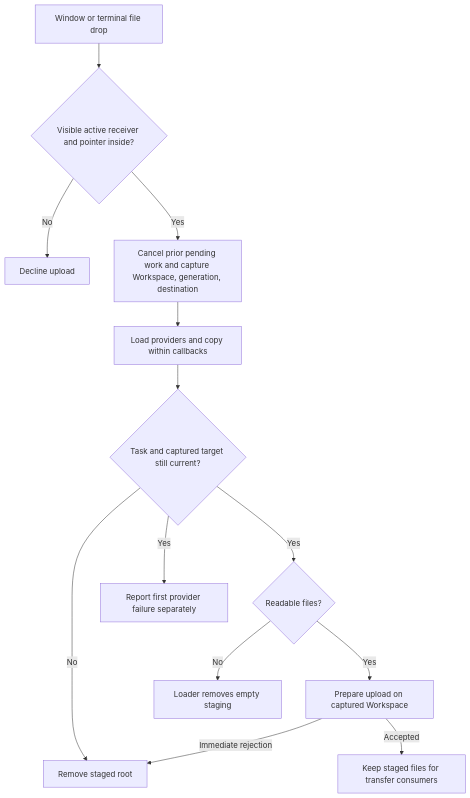
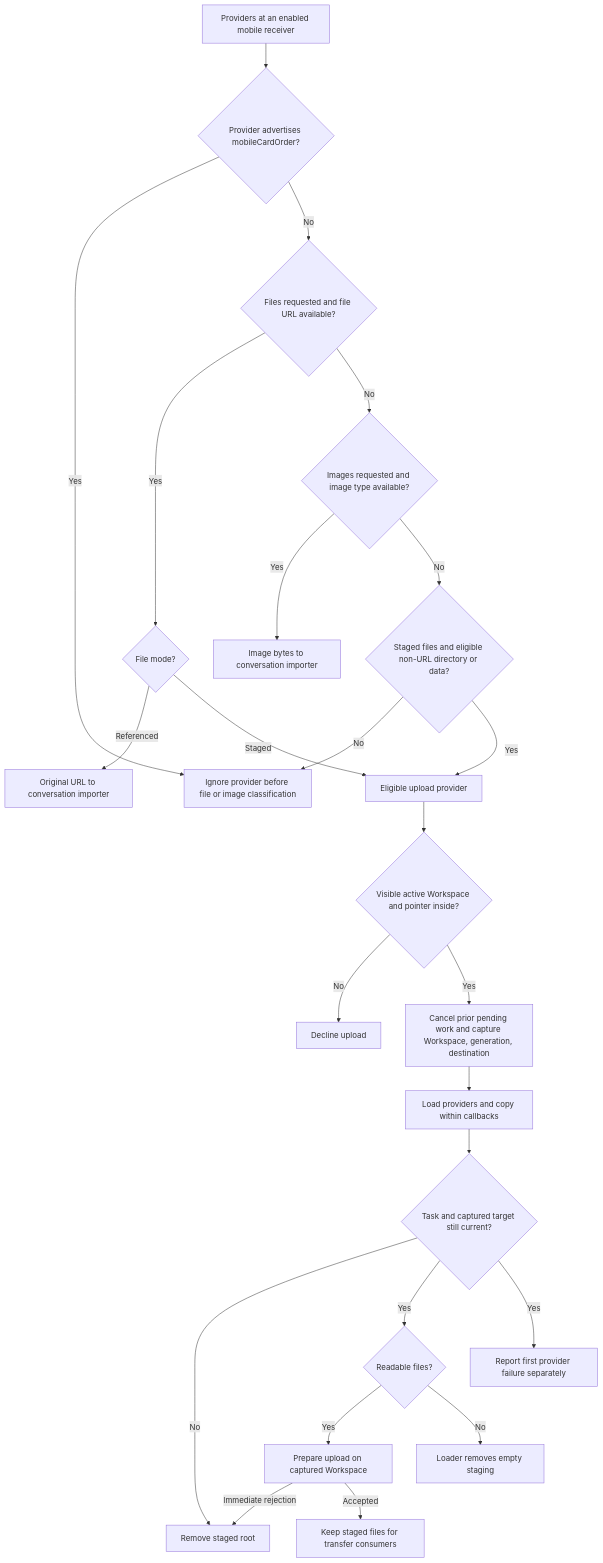
The second of 5 diagrams in openwiki/workflows/file-drag-and-drop.md (AkinoKaede/Termind), drawn with Mermaid before and after one commit. The commit also changed other lines of this file and 49 other files, not shown here.

````diff
--- a/openwiki/workflows/file-drag-and-drop.md
+++ b/openwiki/workflows/file-drag-and-drop.md
@@ -183,15 +192,26 @@
 ```mermaid
 flowchart TD
-    Native["Window or terminal file drop"] --> Visible{"Visible active receiver and pointer inside?"}
+    Providers["Providers at an enabled mobile receiver"] --> Classify{"Provider advertises mobileCardOrder?"}
+    Classify -->|Yes| Ignore["Ignore provider before file or image classification"]
+    Classify -->|No| URL{"Files requested and file URL available?"}
+    URL -->|Yes| Mode{"File mode?"}
+    Mode -->|Referenced| Attach["Original URL to conversation importer"]
+    Mode -->|Staged| Eligible["Eligible upload provider"]
+    URL -->|No| Image{"Images requested and image type available?"}
+    Image -->|Yes| Bytes["Image bytes to conversation importer"]
+    Image -->|No| Fallback{"Staged files and eligible non-URL directory or data?"}
+    Fallback -->|No| Ignore
+    Fallback -->|Yes| Eligible
+    Eligible --> Visible{"Visible active Workspace and pointer inside?"}
     Visible -->|No| Decline["Decline upload"]
     Visible -->|Yes| Capture["Cancel prior pending work and capture Workspace, generation, destination"]
     Capture --> Stage["Load providers and copy within callbacks"]
     Stage --> Current{"Task and captured target still current?"}
     Current -->|No| Discard["Remove staged root"]
     Current -->|Yes| Files{"Readable files?"}
     Files -->|Yes| Prepare["Prepare upload on captured Workspace"]
     Prepare -->|Immediate rejection| Discard
     Files -->|No| Empty["Loader removes empty staging"]
     Current -->|Yes| Failure["Report first provider failure separately"]
     Prepare -->|Accepted| Retain["Keep staged files for transfer consumers"]
 ```
````
